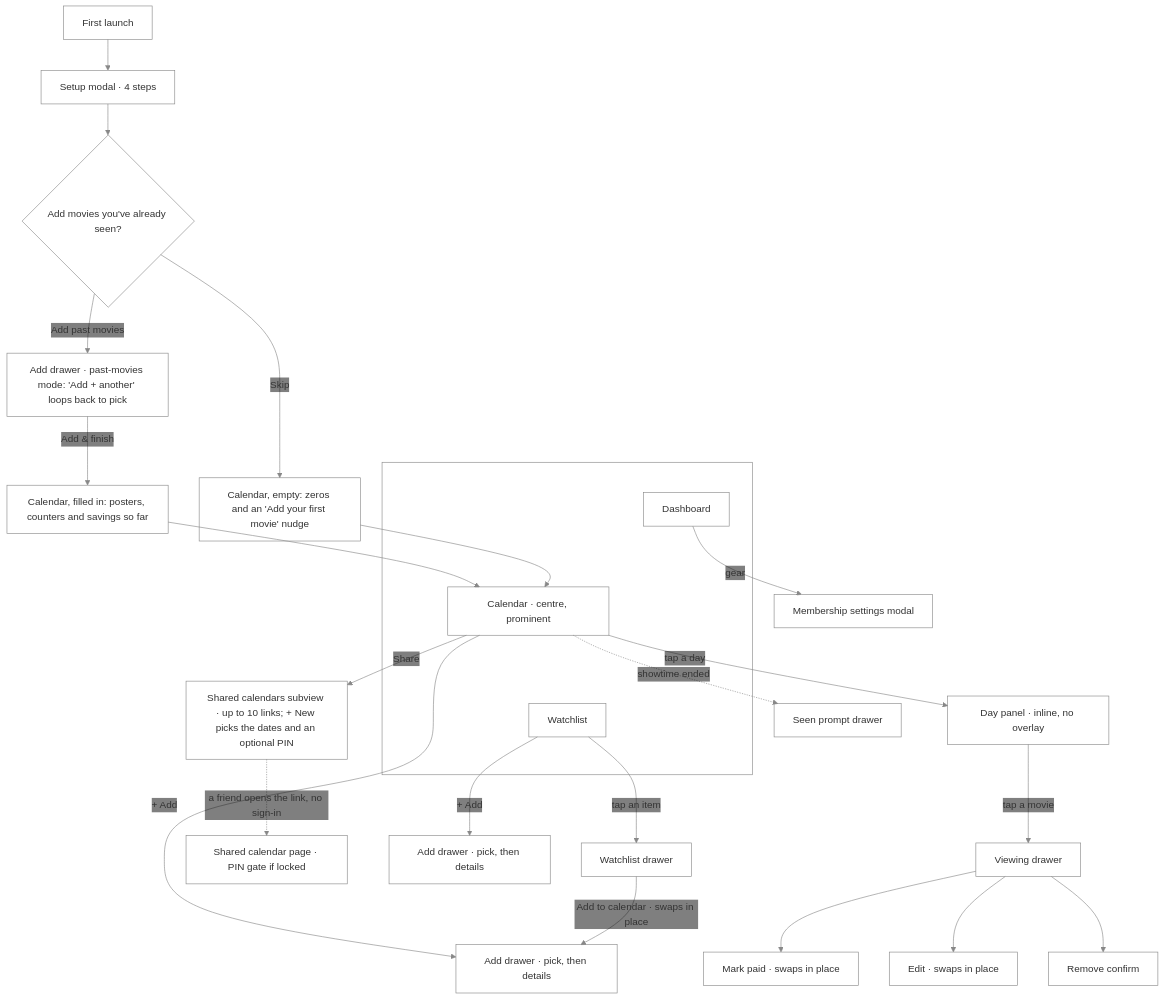
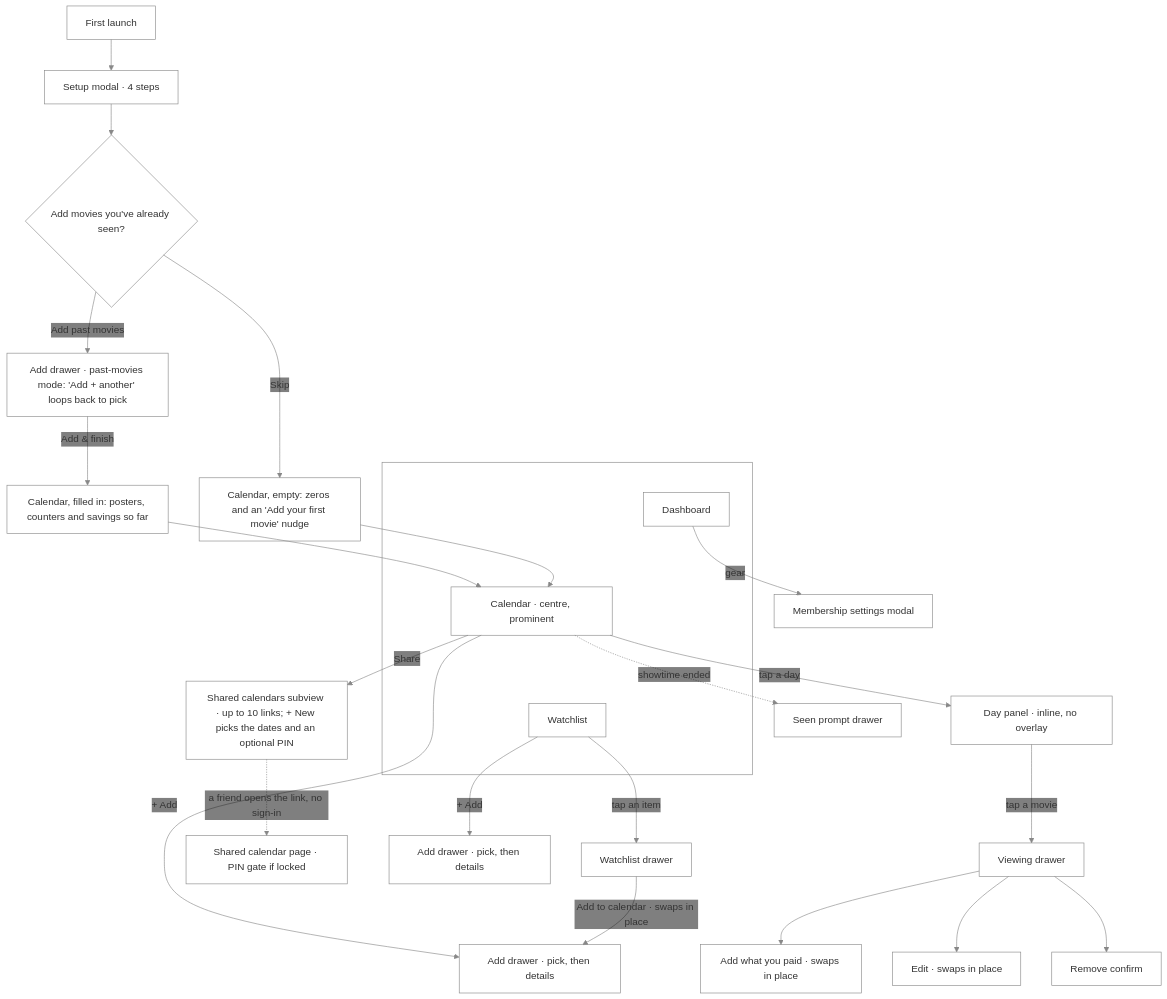
One commit to NovaMoonX/moondreams-dev-apps changed the second of 26 diagrams in src/apps/a-list/UX.md. Above: the diagram before and after it, drawn with Mermaid. The commit also changed other lines of this file and 42 other files, not shown here.

First line of the commit message:
A-List: buy-tickets flow (#246)

````diff
--- a/src/apps/a-list/UX.md
+++ b/src/apps/a-list/UX.md
@@ -48,31 +48,31 @@
 ```mermaid
 %%{init: {'theme': 'base', 'themeVariables': {'primaryColor': 'transparent', 'clusterBkg': 'transparent', 'primaryBorderColor': '#888888', 'clusterBorder': '#888888', 'lineColor': '#888888', 'primaryTextColor': '#333333'}}}%%
 flowchart TD
     A[First launch] --> B["Setup modal · 4 steps"]
     B --> C{"Add movies you've already seen?"}
     C -->|Add past movies| P["Add drawer · past-movies mode: 'Add + another' loops back to pick"]
     P -->|Add & finish| D1["Calendar, filled in: posters, counters and savings so far"]
     C -->|Skip| D2["Calendar, empty: zeros and an 'Add your first movie' nudge"]
     D1 --> D
     D2 --> D
     subgraph Bar["Bottom bar"]
         F[Dashboard]
         D["Calendar · centre, prominent"]
         E[Watchlist]
     end
     F ~~~ D ~~~ E
     D -->|tap a day| DP["Day panel · inline, no overlay"]
     DP -->|tap a movie| H[Viewing drawer]
-    H --> I["Mark paid · swaps in place"]
+    H --> I["Add what you paid · swaps in place"]
     H --> J["Edit · swaps in place"]
     H --> K[Remove confirm]
     D -->|+ Add| G["Add drawer · pick, then details"]
     D -->|Share| SH["Shared calendars subview · up to 10 links; + New picks the dates and an optional PIN"]
     SH -.->|a friend opens the link, no sign-in| SV["Shared calendar page · PIN gate if locked"]
     D -.->|showtime ended| L[Seen prompt drawer]
     E -->|+ Add| M["Add drawer · pick, then details"]
     E -->|tap an item| N[Watchlist drawer]
     N -->|Add to calendar · swaps in place| G
     F -->|gear| O[Membership settings modal]
     style Bar fill:transparent,stroke:#888888,stroke-width:1px;
 ```
````
